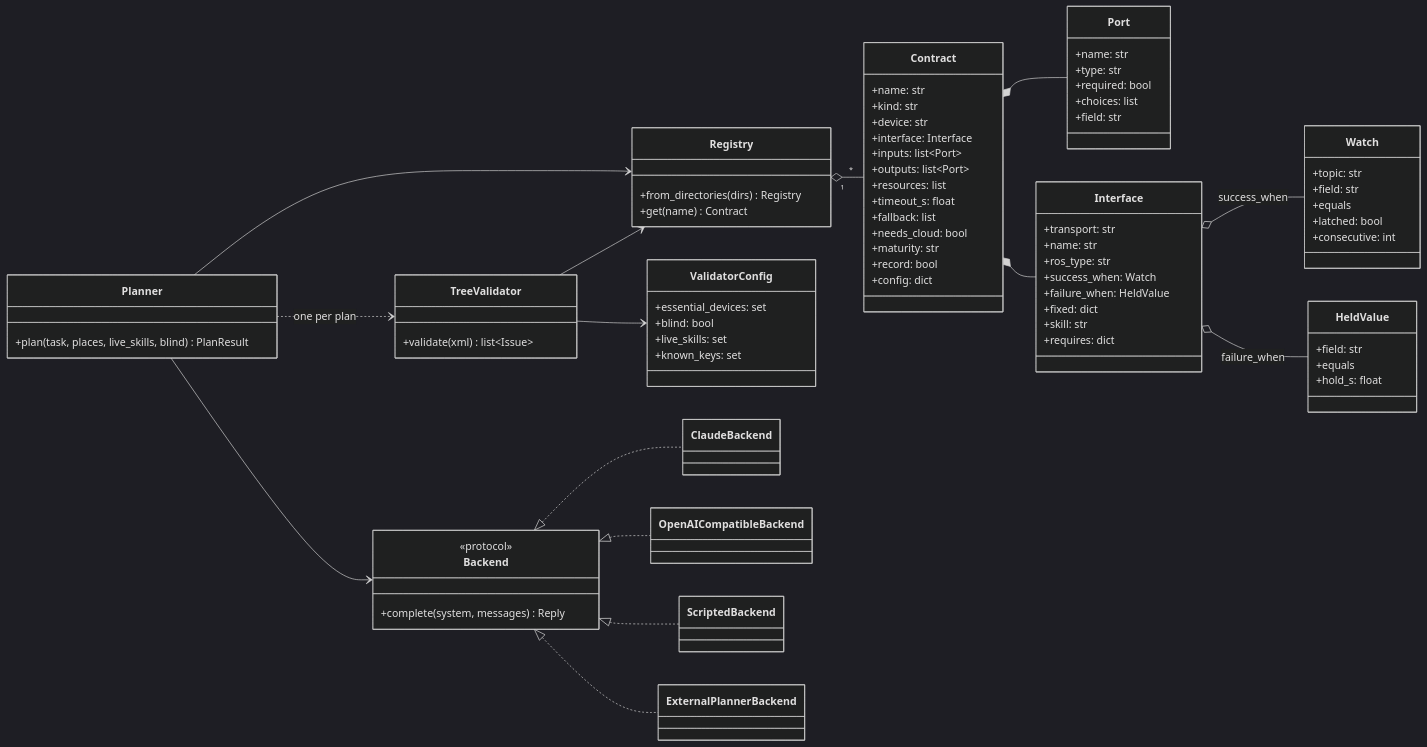
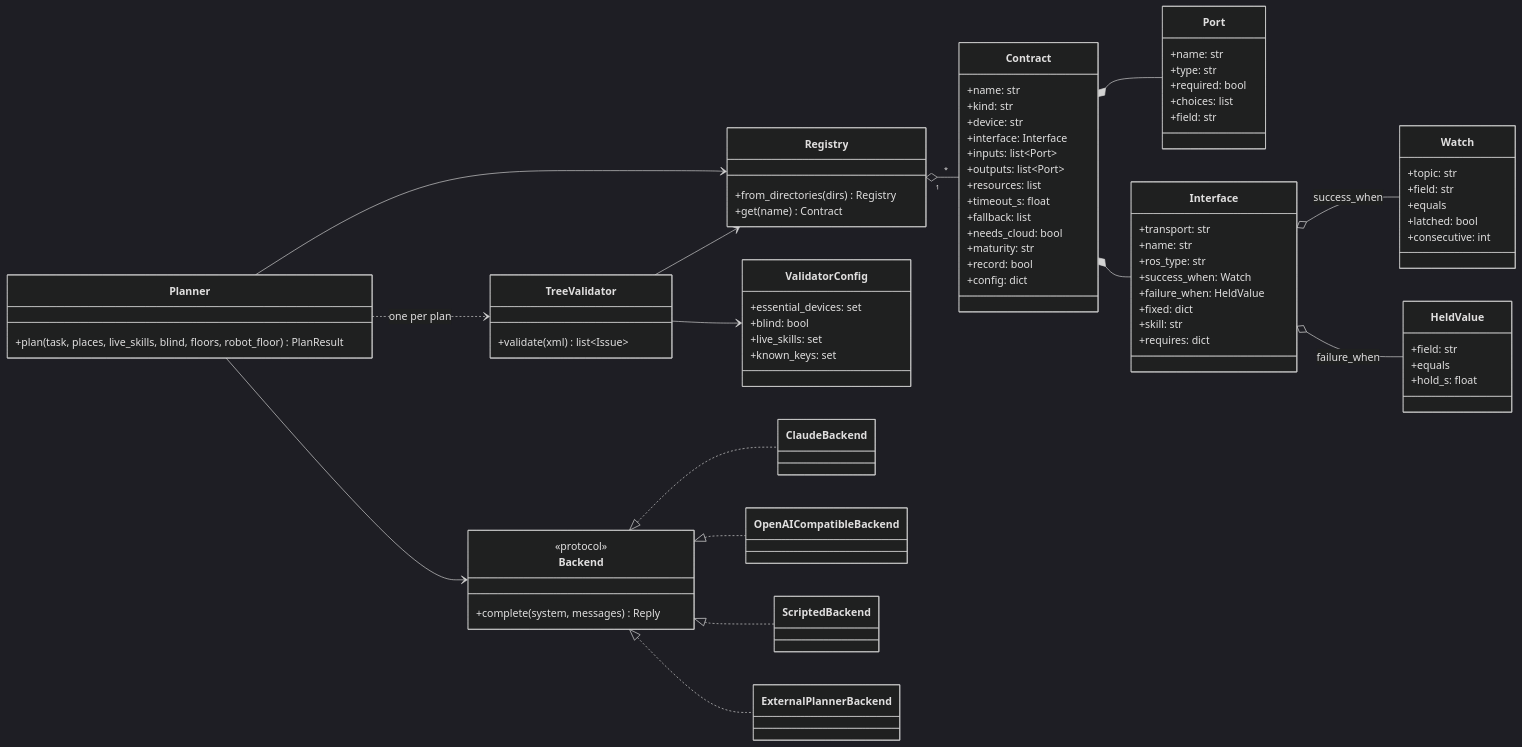
One commit to EigenVectorRobotics/orchestrator changed the third of 5 diagrams in docs/design/classes.md. Above: the diagram before and after it, drawn with Mermaid (dark theme). The commit also changed other lines of this file and 73 other files, not shown here.

````diff
--- a/docs/design/classes.md
+++ b/docs/design/classes.md
@@ -178,82 +179,82 @@
 ```mermaid
 classDiagram
   direction LR
   class Contract {
     +name: str
     +kind: str
     +device: str
     +interface: Interface
     +inputs: list~Port~
     +outputs: list~Port~
     +resources: list
     +timeout_s: float
     +fallback: list
     +needs_cloud: bool
     +maturity: str
     +record: bool
     +config: dict
   }
   class Port {
     +name: str
     +type: str
     +required: bool
     +choices: list
     +field: str
   }
   class Interface {
     +transport: str
     +name: str
     +ros_type: str
     +success_when: Watch
     +failure_when: HeldValue
     +fixed: dict
     +skill: str
     +requires: dict
   }
   class Watch {
     +topic: str
     +field: str
     +equals
     +latched: bool
     +consecutive: int
   }
   class HeldValue {
     +field: str
     +equals
     +hold_s: float
   }
   class Registry {
     +from_directories(dirs) Registry
     +get(name) Contract
   }
   class TreeValidator {
     +validate(xml) list~Issue~
   }
   class ValidatorConfig {
     +essential_devices: set
     +blind: bool
     +live_skills: set
     +known_keys: set
   }
   class Planner {
-    +plan(task, places, live_skills, blind) PlanResult
+    +plan(task, places, live_skills, blind, floors, robot_floor) PlanResult
   }
   class Backend {
     <<protocol>>
     +complete(system, messages) Reply
   }
   Contract *-- Interface
   Contract *-- Port
   Interface o-- Watch : success_when
   Interface o-- HeldValue : failure_when
   Registry "1" o-- "*" Contract
   TreeValidator --> Registry
   TreeValidator --> ValidatorConfig
   Planner --> Registry
   Planner --> Backend
   Planner ..> TreeValidator : one per plan
   Backend <|.. ClaudeBackend
   Backend <|.. OpenAICompatibleBackend
   Backend <|.. ScriptedBackend
   Backend <|.. ExternalPlannerBackend
 ```
````
